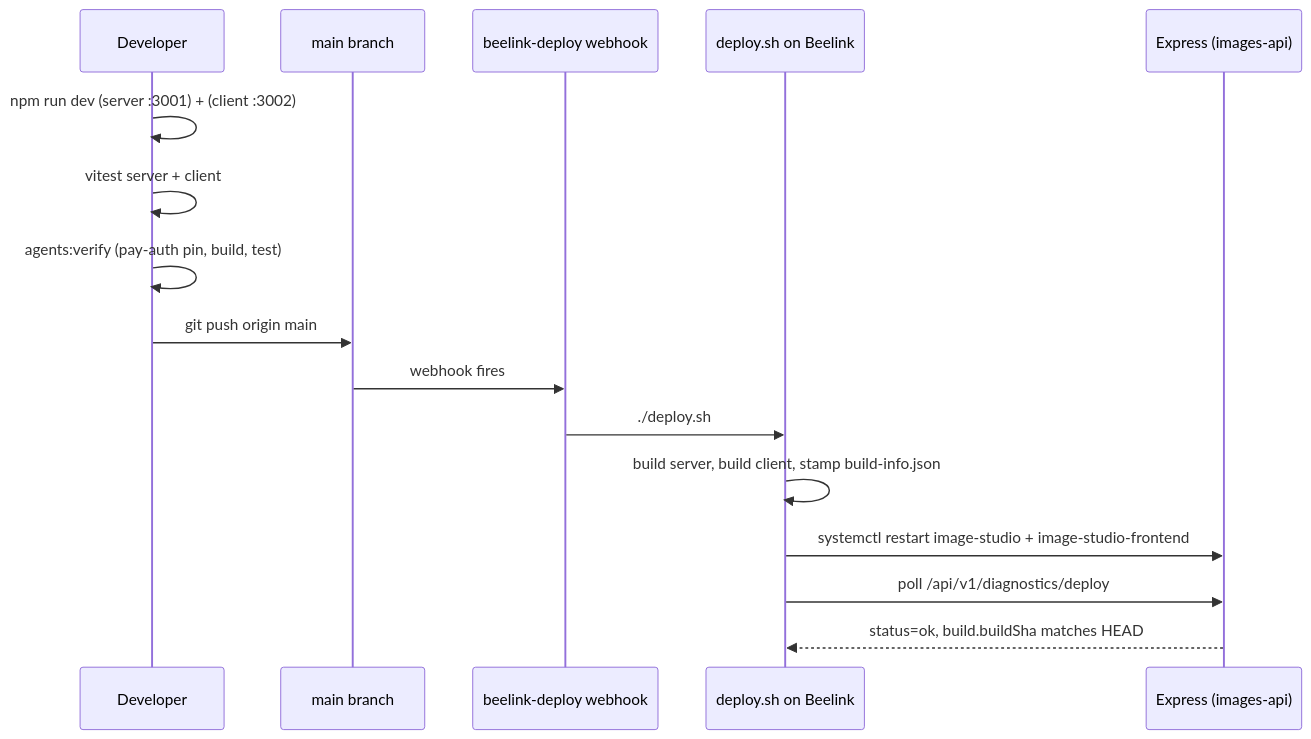
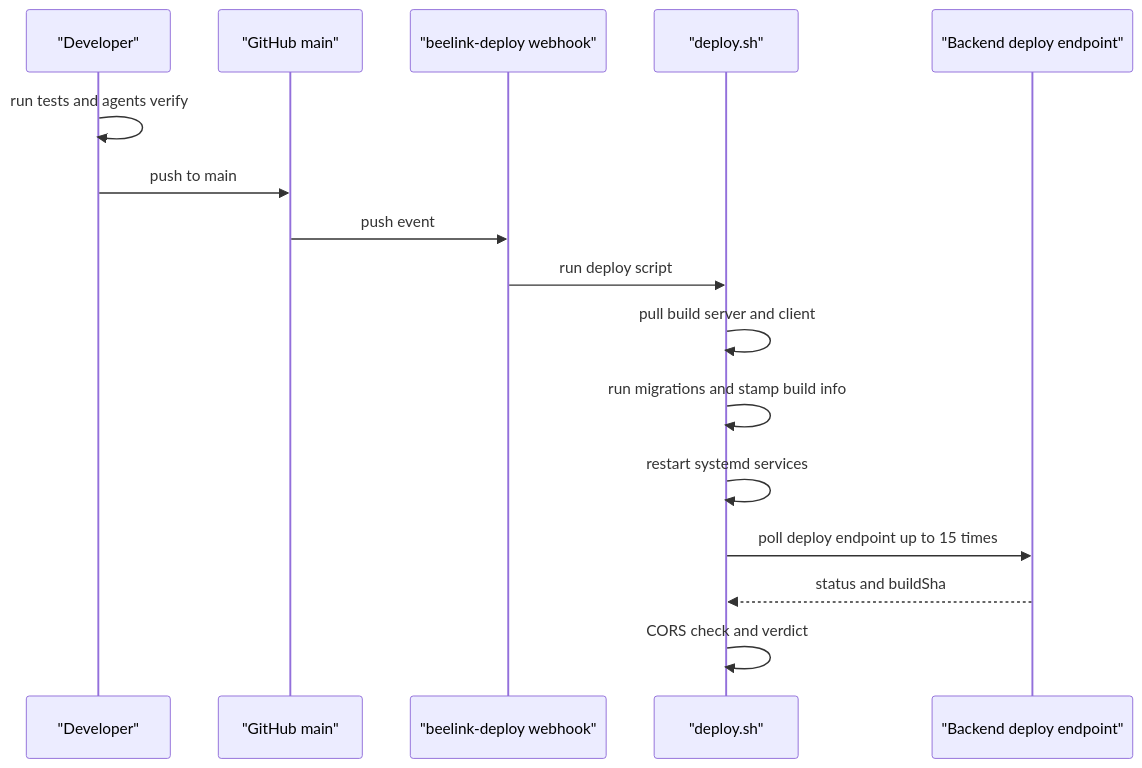
One commit to Jeffrey-Keyser/project-wiki changed the diagram in content/repos/Jeffrey-Keyser-image-studio/Iteration-Loop.md. Above: the diagram before and after it, drawn with Mermaid. The commit also changed other lines of this file and 150 other files, not shown here.

````diff
--- a/content/repos/Jeffrey-Keyser-image-studio/Iteration-Loop.md
+++ b/content/repos/Jeffrey-Keyser-image-studio/Iteration-Loop.md
@@ -10,19 +10,19 @@
 ```mermaid
 sequenceDiagram
-  participant Dev as Developer
-  participant Repo as main branch
-  participant Hook as beelink-deploy webhook
-  participant Beelink as deploy.sh on Beelink
-  participant API as Express (images-api)
+  participant Dev as "Developer"
+  participant Repo as "GitHub main"
+  participant Hook as "beelink-deploy webhook"
+  participant Deploy as "deploy.sh"
+  participant API as "Backend deploy endpoint"
 
-  Dev->>Dev: npm run dev (server :3001) + (client :3002)
-  Dev->>Dev: vitest server + client
-  Dev->>Dev: agents:verify (pay-auth pin, build, test)
-  Dev->>Repo: git push origin main
-  Repo->>Hook: webhook fires
-  Hook->>Beelink: ./deploy.sh
-  Beelink->>Beelink: build server, build client, stamp build-info.json
-  Beelink->>API: systemctl restart image-studio + image-studio-frontend
-  Beelink->>API: poll /api/v1/diagnostics/deploy
-  API-->>Beelink: status=ok, build.buildSha matches HEAD
+  Dev->>Dev: run tests and agents verify
+  Dev->>Repo: push to main
+  Repo->>Hook: push event
+  Hook->>Deploy: run deploy script
+  Deploy->>Deploy: pull build server and client
+  Deploy->>Deploy: run migrations and stamp build info
+  Deploy->>Deploy: restart systemd services
+  Deploy->>API: poll deploy endpoint up to 15 times
+  API-->>Deploy: status and buildSha
+  Deploy->>Deploy: CORS check and verdict
 ```
````
